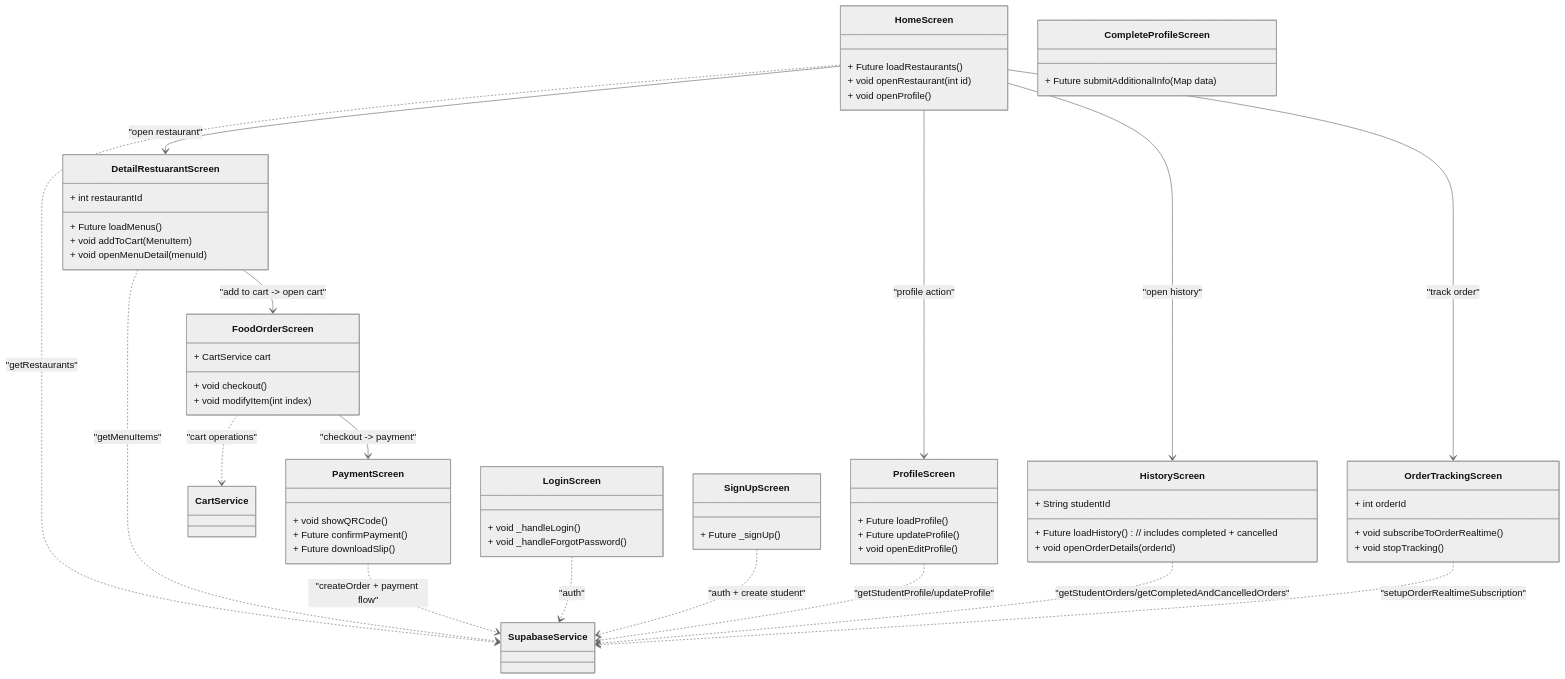
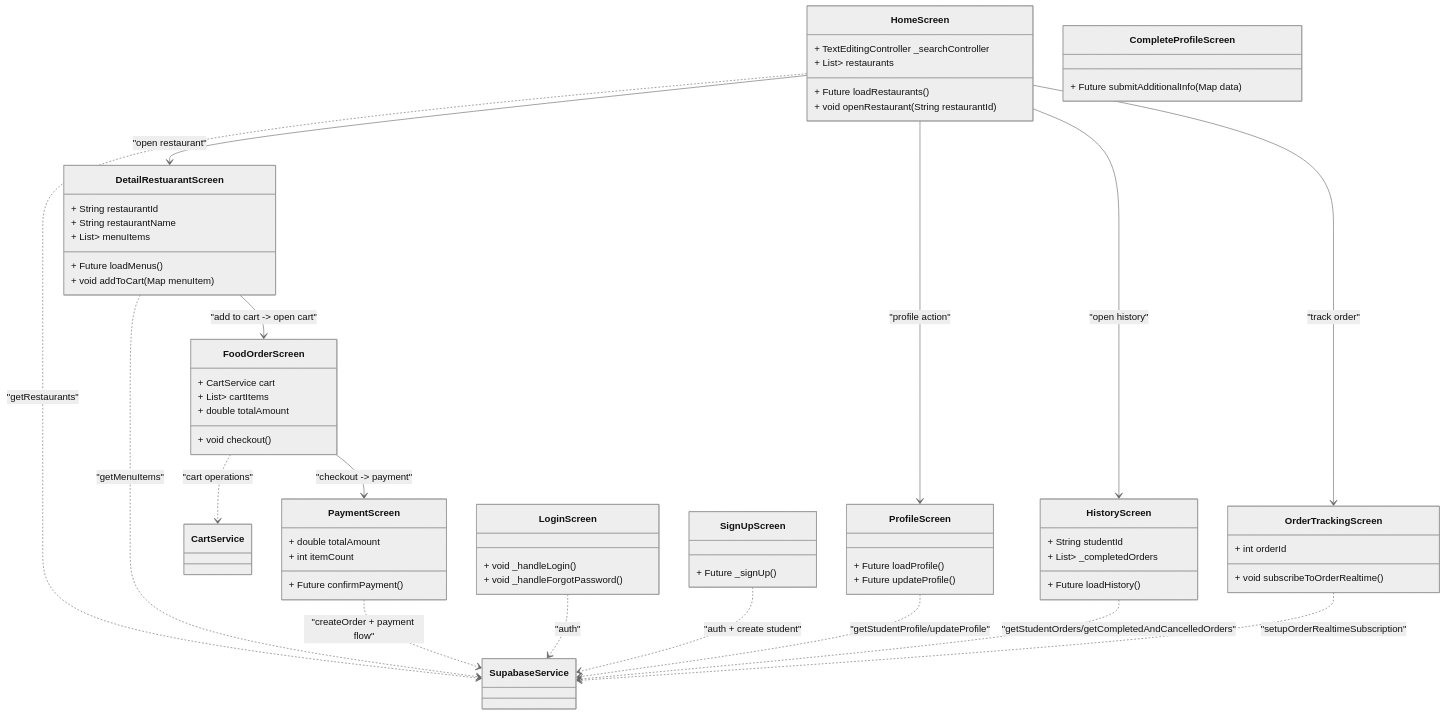
One commit to natawigaa/EAT_SCI changed the diagram in docs/diagrams/class_diagram_screens.mmd. Above: the diagram before and after it, drawn with Mermaid (neutral theme). The commit also changed 7 other files, not shown here.

Commit message:
chore(diagrams): regenerate PNGs for all diagrams and apply trimming

```diff
--- a/docs/diagrams/class_diagram_screens.mmd
+++ b/docs/diagrams/class_diagram_screens.mmd
@@ -1,81 +1,82 @@
 %% Class diagram — Screens (lib/screen)
 %% Generated: 2025-11-07
 %% Purpose: Per-folder diagram for screens under lib/screen
 
 classDiagram
 
     class HomeScreen {
+        + TextEditingController _searchController
+        + List<Map<String,dynamic>> restaurants
         + Future<void> loadRestaurants()
-        + void openRestaurant(int id)
-        + void openProfile()
+        + void openRestaurant(String restaurantId)
     }
 
     class DetailRestuarantScreen {
-        + int restaurantId
+        + String restaurantId
+        + String restaurantName
+        + List<Map<String,dynamic>> menuItems
         + Future<void> loadMenus()
-        + void addToCart(MenuItem)
-        + void openMenuDetail(menuId)
+        + void addToCart(Map menuItem)
     }
 
     class FoodOrderScreen {
         + CartService cart
+        + List<Map<String,dynamic>> cartItems
+        + double totalAmount
         + void checkout()
-        + void modifyItem(int index)
     }
 
     class PaymentScreen {
-        + void showQRCode()
+        + double totalAmount
+        + int itemCount
         + Future<void> confirmPayment()
-        + Future<void> downloadSlip()
     }
 
     class ProfileScreen {
         + Future<void> loadProfile()
         + Future<void> updateProfile()
-        + void openEditProfile()
     }
 
     class HistoryScreen {
         + String studentId
-        + Future<void> loadHistory() // includes completed + cancelled
-        + void openOrderDetails(orderId)
+        + List<Map<String,dynamic>> _completedOrders
+        + Future<void> loadHistory()
     }
 
     class OrderTrackingScreen {
         + int orderId
         + void subscribeToOrderRealtime()
-        + void stopTracking()
     }
 
     %% Auth Screens
     class LoginScreen {
         + void _handleLogin()
         + void _handleForgotPassword()
     }
 
     class SignUpScreen {
         + Future<void> _signUp()
     }
 
     class CompleteProfileScreen {
         + Future<void> submitAdditionalInfo(Map data)
     }
 
     %% Service usage
     HomeScreen ..> SupabaseService : "getRestaurants"
     DetailRestuarantScreen ..> SupabaseService : "getMenuItems"
     FoodOrderScreen ..> CartService : "cart operations"
     PaymentScreen ..> SupabaseService : "createOrder + payment flow"
     ProfileScreen ..> SupabaseService : "getStudentProfile/updateProfile"
     HistoryScreen ..> SupabaseService : "getStudentOrders/getCompletedAndCancelledOrders"
     OrderTrackingScreen ..> SupabaseService : "setupOrderRealtimeSubscription"
     LoginScreen ..> SupabaseService : "auth"
     SignUpScreen ..> SupabaseService : "auth + create student"
 
     %% Navigation (high level)
     HomeScreen --> DetailRestuarantScreen : "open restaurant"
     DetailRestuarantScreen --> FoodOrderScreen : "add to cart -> open cart"
     FoodOrderScreen --> PaymentScreen : "checkout -> payment"
     HomeScreen --> ProfileScreen : "profile action"
     HomeScreen --> HistoryScreen : "open history"
     HomeScreen --> OrderTrackingScreen : "track order"
```
